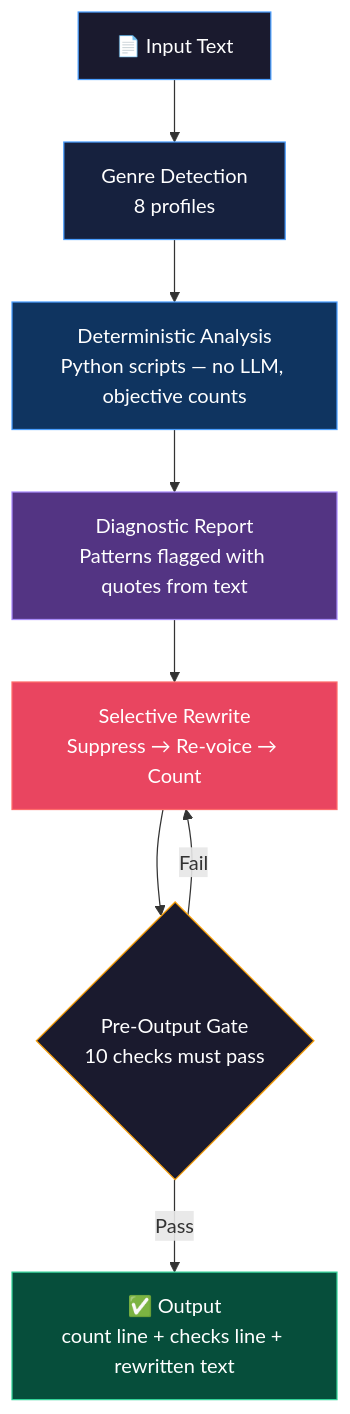
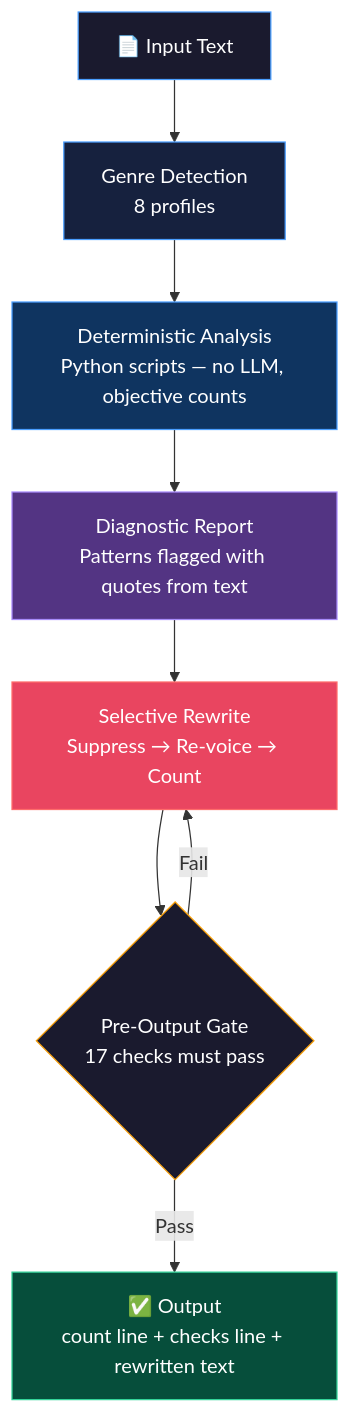
One commit to udaysharmadev/Not-Ai changed the first of 4 diagrams in README.md. Above: the diagram before and after it, drawn with Mermaid. The commit also changed other lines of this file and 1 other file, not shown here.

Commit message:
Update README with expanded pre-output gate and pass 2 improvements

````diff
--- a/README.md
+++ b/README.md
@@ -92,18 +92,18 @@
 ```mermaid
 flowchart TD
     A["📄 Input Text"] --> B["Genre Detection\n8 profiles"]
     B --> C["Deterministic Analysis\nPython scripts — no LLM, objective counts"]
     C --> D["Diagnostic Report\nPatterns flagged with quotes from text"]
     D --> E["Selective Rewrite\nSuppress → Re-voice → Count"]
-    E --> F{"Pre-Output Gate\n10 checks must pass"}
+    E --> F{"Pre-Output Gate\n17 checks must pass"}
     F -->|"Fail"| E
     F -->|"Pass"| G["✅ Output\ncount line + checks line + rewritten text"]
 
     style A fill:#1a1a2e,color:#fff,stroke:#4a9eff
     style B fill:#16213e,color:#fff,stroke:#4a9eff
     style C fill:#0f3460,color:#fff,stroke:#4a9eff
     style D fill:#533483,color:#fff,stroke:#a78bfa
     style E fill:#e94560,color:#fff,stroke:#ff6b6b
     style F fill:#1a1a2e,color:#fff,stroke:#f59e0b
     style G fill:#064e3b,color:#fff,stroke:#34d399
 ```
````
